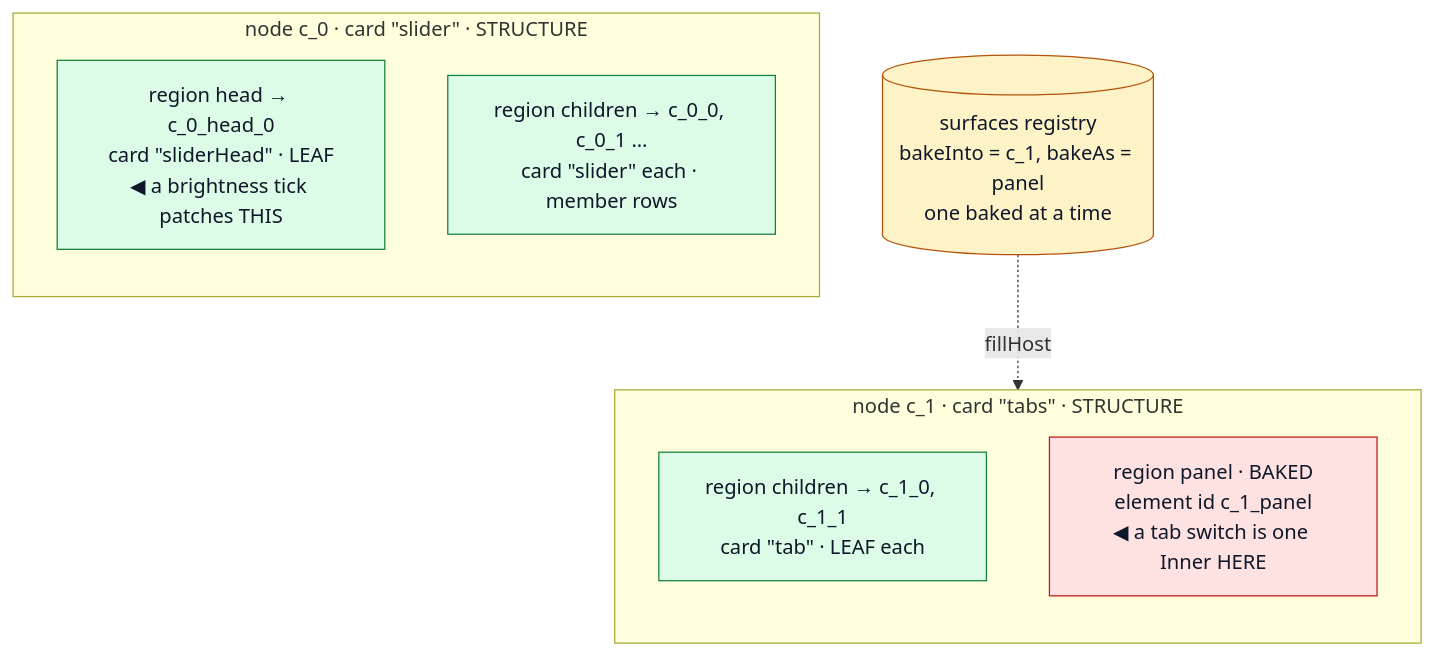
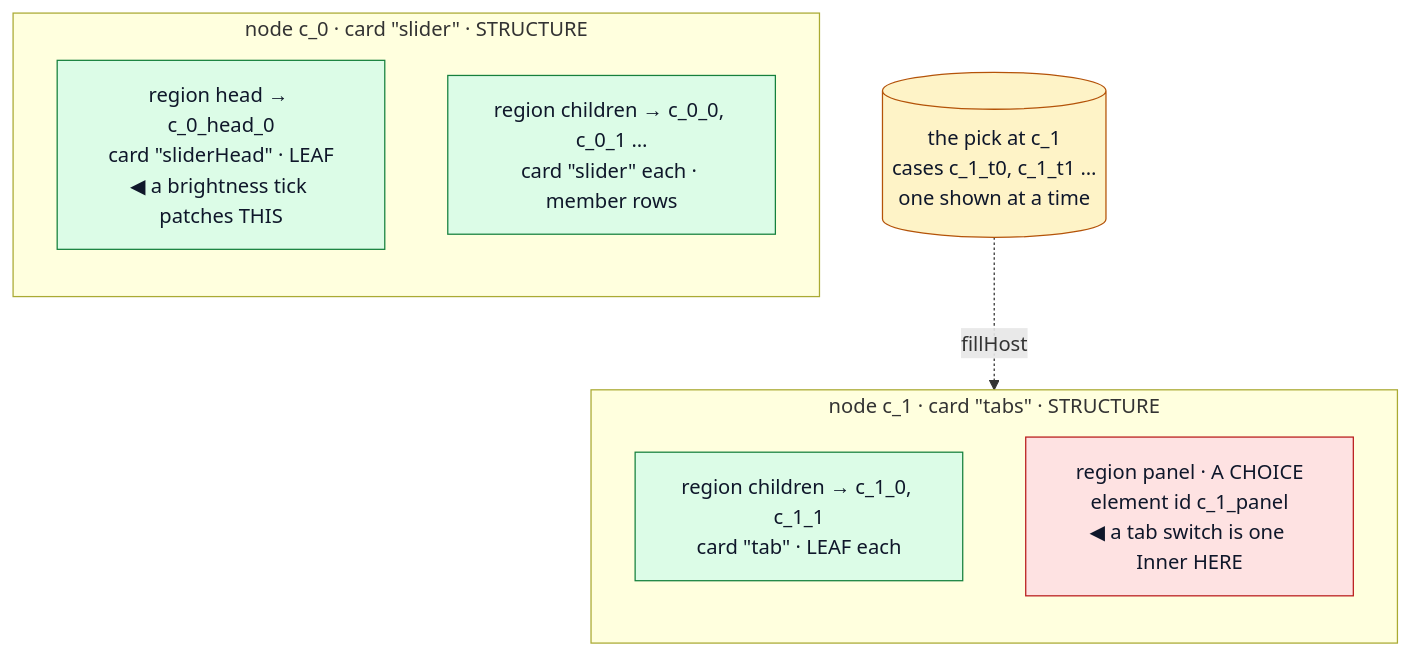
Before and after one commit to perok/functional-home-assistant: the fifth of 6 diagrams in docs/architecture-rendering-pipeline.md, drawn with Mermaid. The commit also changed other lines of this file and 95 other files, not shown here.

First line of the commit message:
Regions R4b: a choice is decided by one pick; the bake group goes (#723)

````diff
--- a/docs/architecture-rendering-pipeline.md
+++ b/docs/architecture-rendering-pipeline.md
@@ -765,24 +766,24 @@
 ```mermaid
 flowchart TB
   subgraph SL["node c_0 · card &quot;slider&quot; · STRUCTURE"]
     direction TB
     SH["region head → c_0_head_0<br/>card &quot;sliderHead&quot; · LEAF<br/>◀ a brightness tick patches THIS"]
     SM["region children → c_0_0, c_0_1 …<br/>card &quot;slider&quot; each · member rows"]
   end
 
   subgraph TB2["node c_1 · card &quot;tabs&quot; · STRUCTURE"]
     direction TB
     BAR["region children → c_1_0, c_1_1<br/>card &quot;tab&quot; · LEAF each"]
-    PANEL["region panel · BAKED<br/>element id c_1_panel<br/>◀ a tab switch is one Inner HERE"]
+    PANEL["region panel · A CHOICE<br/>element id c_1_panel<br/>◀ a tab switch is one Inner HERE"]
   end
 
-  SURF[("surfaces registry<br/>bakeInto = c_1, bakeAs = panel<br/>one baked at a time")]
+  SURF[("the pick at c_1<br/>cases c_1_t0, c_1_t1 …<br/>one shown at a time")]
   SURF -.->|fillHost| PANEL
 
   classDef struct fill:#fee2e2,stroke:#b91c1c,color:#0f172a
   classDef leaf fill:#dcfce7,stroke:#15803d,color:#0f172a
   classDef store fill:#fef3c7,stroke:#b45309,color:#0f172a
   class SH,SM,BAR leaf
   class PANEL struct
   class SURF store
 ```
````
